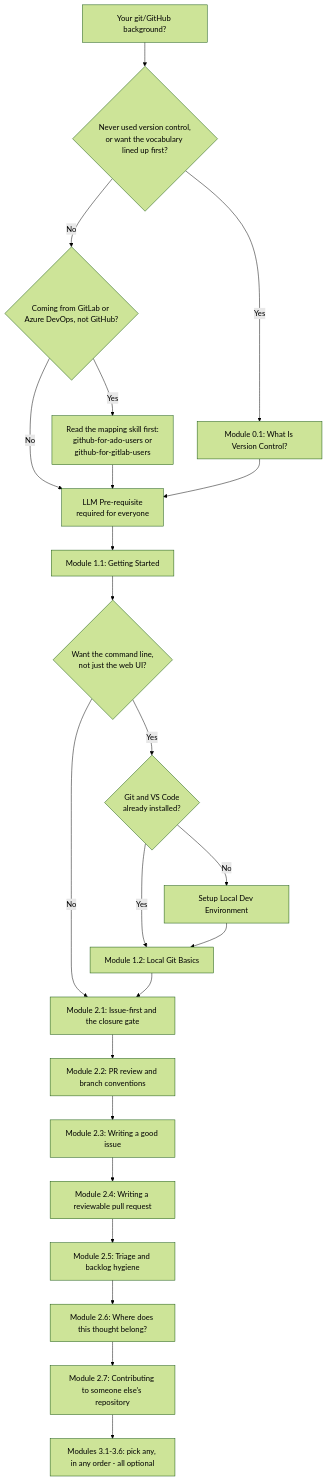
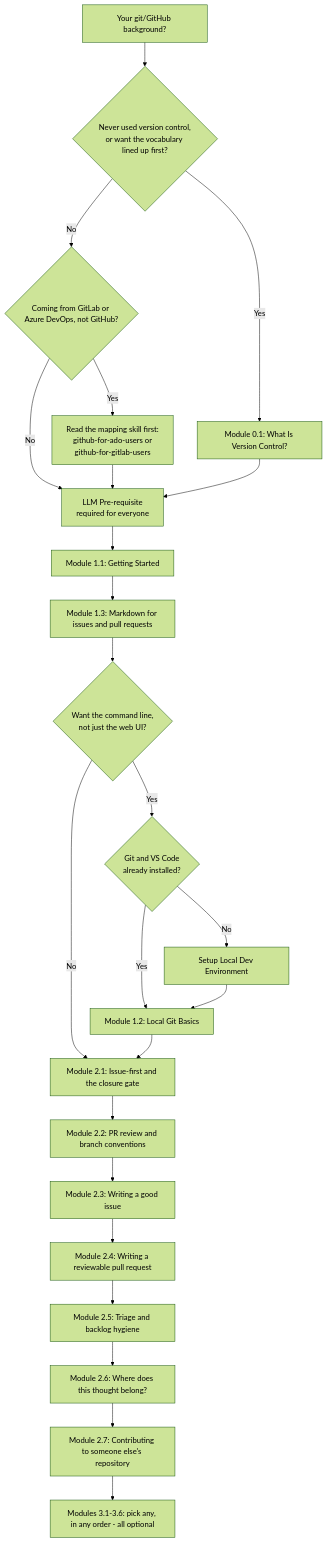
One commit to JeanKadang/DOC-GitHub-Practice-Skills changed the first of 2 diagrams in education/README.md. Above: the diagram before and after it, drawn with Mermaid (forest theme). The commit also changed other lines of this file and 4 other files, not shown here.

First line of the commit message:
docs: add Module 1.3, Markdown for issues and pull requests

````diff
--- a/education/README.md
+++ b/education/README.md
@@ -40,25 +40,26 @@
 ```mermaid
 flowchart TD
     Start[Your git/GitHub background?] --> Q1{Never used version control,<br/>or want the vocabulary lined up first?}
     Q1 -- Yes --> S0[Module 0.1: What Is Version Control?]
     Q1 -- No --> Q2{Coming from GitLab or Azure DevOps, not GitHub?}
     Q2 -- Yes --> Pre[Read the mapping skill first:<br/>github-for-ado-users or<br/>github-for-gitlab-users]
     Q2 -- No --> LLM0[LLM Pre-requisite<br/>required for everyone]
     Pre --> LLM0
     S0 --> LLM0
     LLM0 --> S1[Module 1.1: Getting Started]
-    S1 --> Q3{Want the command line,<br/>not just the web UI?}
+    S1 --> S3[Module 1.3: Markdown for issues and pull requests]
+    S3 --> Q3{Want the command line,<br/>not just the web UI?}
     Q3 -- Yes --> Q4{Git and VS Code<br/>already installed?}
     Q3 -- No --> M2a[Module 2.1: Issue-first and the closure gate]
     Q4 -- No --> Extra[Setup Local Dev Environment]
     Q4 -- Yes --> S2[Module 1.2: Local Git Basics]
     Extra --> S2
     S2 --> M2a
     M2a --> M2b[Module 2.2: PR review and branch conventions]
     M2b --> M2c[Module 2.3: Writing a good issue]
     M2c --> M2d[Module 2.4: Writing a reviewable pull request]
     M2d --> M2e[Module 2.5: Triage and backlog hygiene]
     M2e --> M2f[Module 2.6: Where does this thought belong?]
     M2f --> M2g[Module 2.7: Contributing to someone else's repository]
     M2g --> M3[Modules 3.1-3.6: pick any, in any order - all optional]
 ```
````
